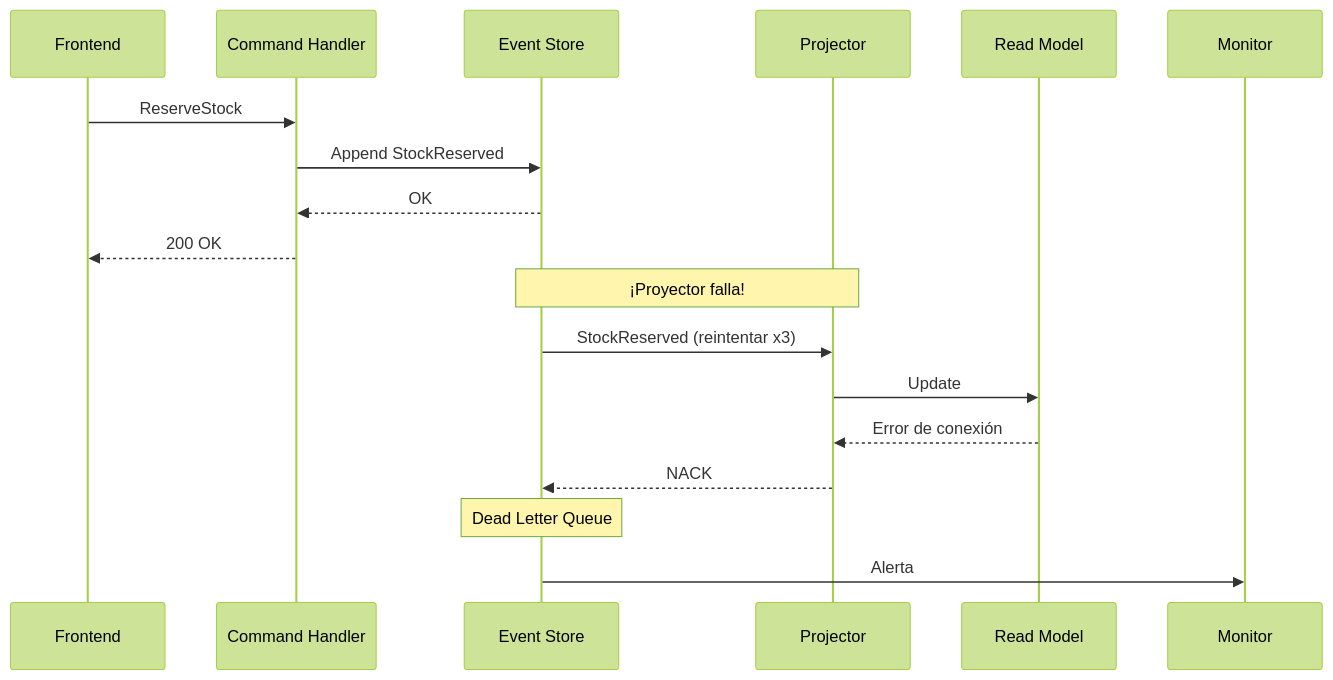
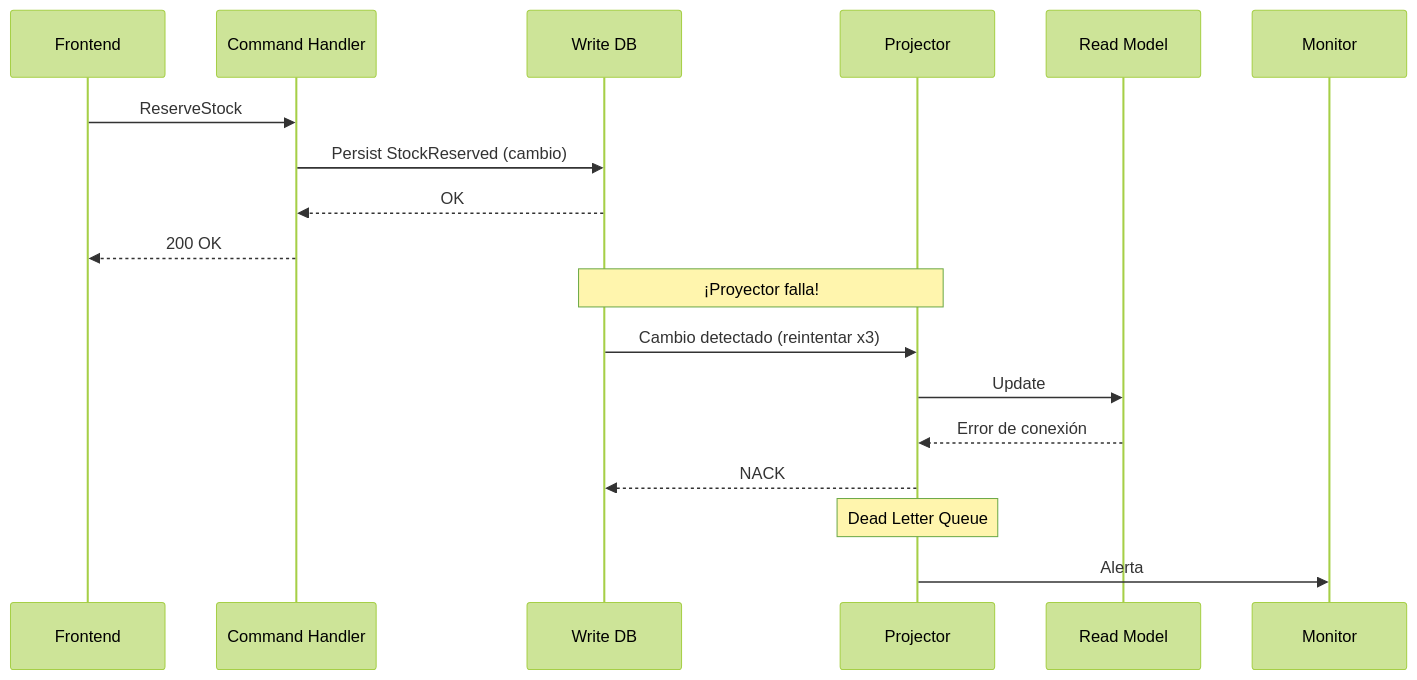
Before and after one commit to erserca16/curso-ddd-2026: the third of 5 diagrams in curso/dia-06/02-cqrs-fundamentos.md, drawn with Mermaid (forest theme). The commit also changed other lines of this file and 22 other files, not shown here.

````diff
--- a/curso/dia-06/02-cqrs-fundamentos.md
+++ b/curso/dia-06/02-cqrs-fundamentos.md
@@ -103,22 +103,22 @@
 ```mermaid
 sequenceDiagram
     participant UI as Frontend
     participant CH as Command Handler
-    participant ES as Event Store
+    participant WDB as Write DB
     participant P as Projector
     participant RM as Read Model
     
     UI->>CH: ReserveStock
-    CH->>ES: Append StockReserved
-    ES-->>CH: OK
+    CH->>WDB: Persist StockReserved (cambio)
+    WDB-->>CH: OK
     CH-->>UI: 200 OK
     
-    Note over ES,P: ¡Proyector falla!
-    ES->>P: StockReserved (reintentar x3)
+    Note over WDB,P: ¡Proyector falla!
+    WDB->>P: Cambio detectado (reintentar x3)
     P->>RM: Update
     RM-->>P: Error de conexión
-    P-->>ES: NACK
+    P-->>WDB: NACK
     
-    Note over ES: Dead Letter Queue
-    ES->>Monitor: Alerta
+    Note over P: Dead Letter Queue
+    P->>Monitor: Alerta
 ```
````
